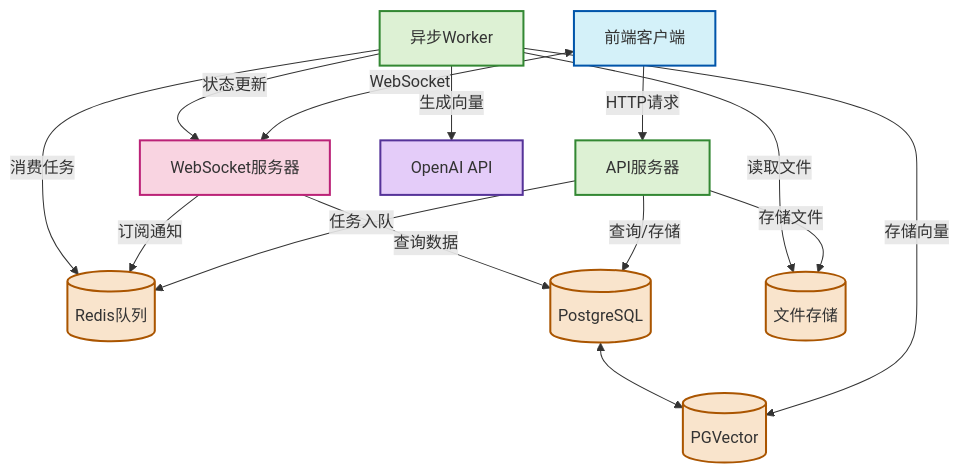
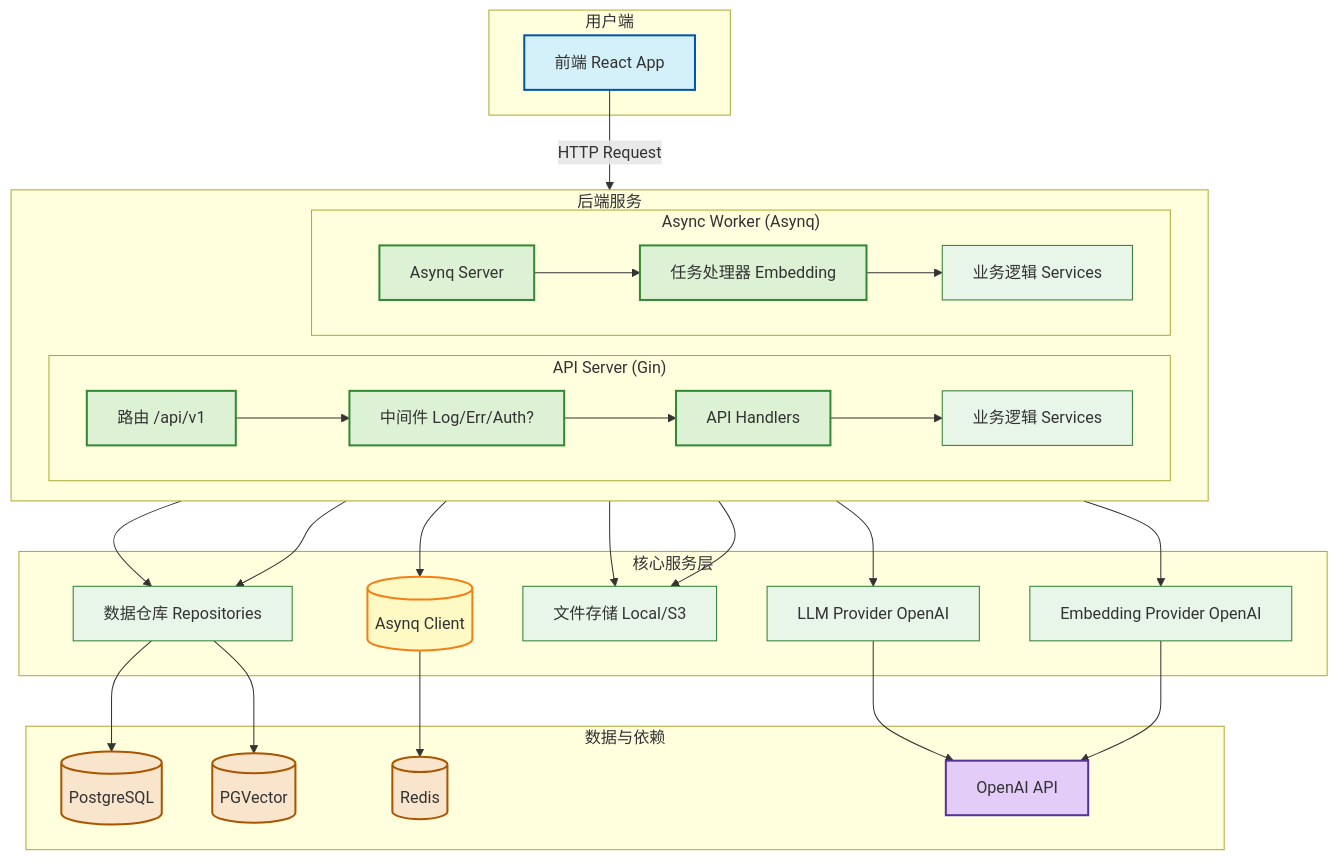
One commit to soaringjerry/DreamHub changed the diagram in README.md. Above: the diagram before and after it, drawn with Mermaid. The commit also changed other lines of this file and 2 other files, not shown here.

First line of the commit message:
Refactor API documentation and update core functionality

````diff
--- a/README.md
+++ b/README.md
@@ -18,38 +17,58 @@
 ```mermaid
 graph TD
-    %% 前端
-    Client[前端客户端] -->|HTTP请求| API[API服务器]
-    Client <-->|WebSocket| WS[WebSocket服务器]
-    
-    %% 后端服务
-    API -->|任务入队| Redis[(Redis队列)]
-    API -->|查询/存储| DB[(PostgreSQL)]
-    API -->|存储文件| Files[(文件存储)]
-    
-    %% WebSocket服务
-    WS -->|查询数据| DB
-    WS -->|订阅通知| Redis
-    
-    %% Worker处理
-    Worker[异步Worker] -->|消费任务| Redis
-    Worker -->|生成向量| OpenAI[OpenAI API]
-    Worker -->|存储向量| Vector[(PGVector)]
-    Worker -->|读取文件| Files
-    Worker -->|状态更新| WS
-    
-    %% 数据流说明
-    DB <--> Vector
-    
+    subgraph "用户端"
+        Client[前端 React App]
+    end
+
+    subgraph "后端服务"
+        direction LR
+        subgraph "API Server (Gin)"
+            Router[路由 /api/v1] --> Middleware[中间件 Log/Err/Auth?]
+            Middleware --> Handler[API Handlers]
+            Handler --> Service[业务逻辑 Services]
+        end
+        subgraph "Async Worker (Asynq)"
+            WorkerServer[Asynq Server] --> TaskHandler[任务处理器 Embedding]
+            TaskHandler --> ServiceWorker[业务逻辑 Services]
+        end
+    end
+
+    subgraph "核心服务层"
+        Service --> Repo[数据仓库 Repositories]
+        Service --> TaskQueue[(Asynq Client)]
+        Service --> FileStore[文件存储 Local/S3]
+        Service --> LLMProvider[LLM Provider OpenAI]
+        ServiceWorker --> Repo
+        ServiceWorker --> FileStore
+        ServiceWorker --> EmbeddingProvider[Embedding Provider OpenAI]
+        %% ServiceWorker --> Notifier[通知服务 WS/SSE?]
+    end
+
+    subgraph "数据与依赖"
+        Repo --> DB[(PostgreSQL)]
+        Repo --> VectorDB[(PGVector)]
+        TaskQueue --> Redis[(Redis)]
+        LLMProvider --> OpenAI_API[OpenAI API]
+        EmbeddingProvider --> OpenAI_API
+    end
+
+    %% 主要流程连线
+    Client -- HTTP Request --> Router
+    %% Client <- WebSocket -> Notifier
+
     %% 样式
     classDef frontend fill:#d4f1f9,stroke:#05a,stroke-width:2px;
     classDef backend fill:#ddf1d4,stroke:#383,stroke-width:2px;
+    classDef service fill:#e8f5e9,stroke:#2e7d32,stroke-width:1px;
     classDef storage fill:#f9e4cc,stroke:#a50,stroke-width:2px;
     classDef external fill:#e4ccf9,stroke:#539,stroke-width:2px;
-    classDef websocket fill:#f9d4e1,stroke:#b27,stroke-width:2px;
-    
+    classDef queue fill:#fff9c4,stroke:#f57f17,stroke-width:2px;
+
     class Client frontend;
-    class API,Worker backend;
-    class DB,Vector,Redis,Files storage;
-    class OpenAI external;
-    class WS websocket;
+    class Router,Middleware,Handler,WorkerServer,TaskHandler backend;
+    class Service,ServiceWorker,LLMProvider,EmbeddingProvider,Repo,FileStore service;
+    class DB,VectorDB,Redis storage;
+    class TaskQueue queue;
+    class OpenAI_API external;
+
 ```
````
